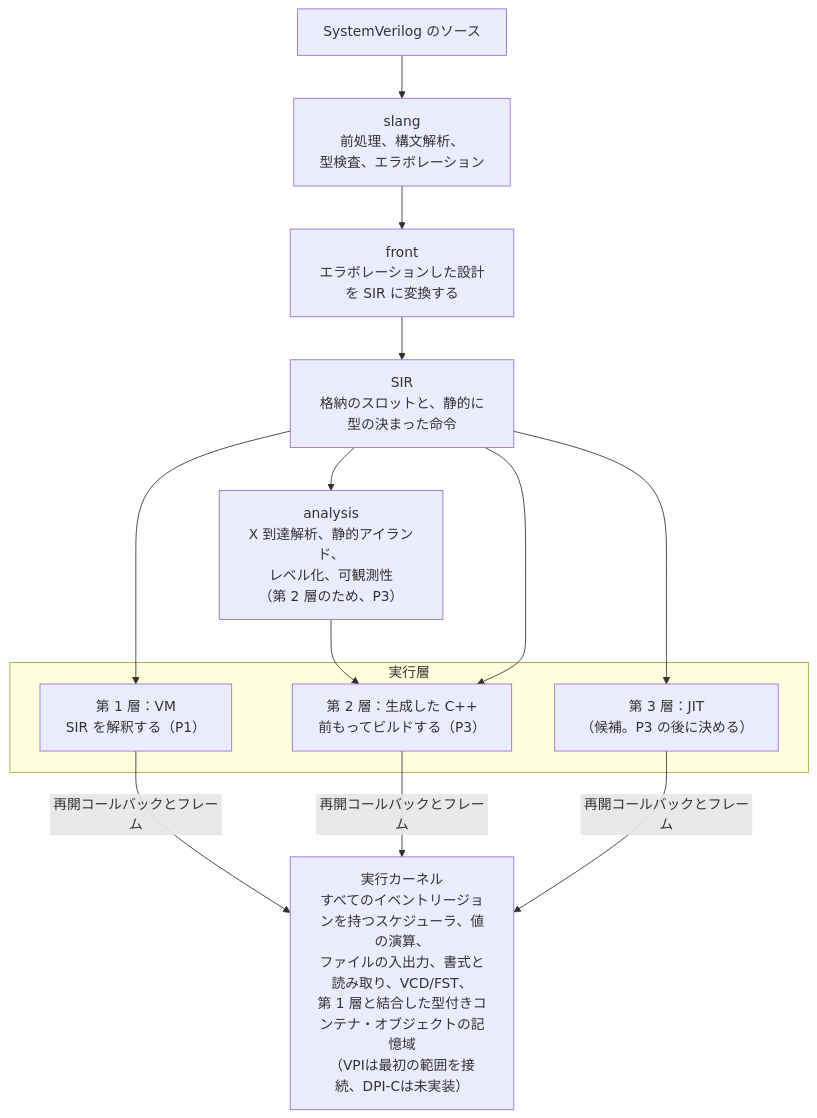
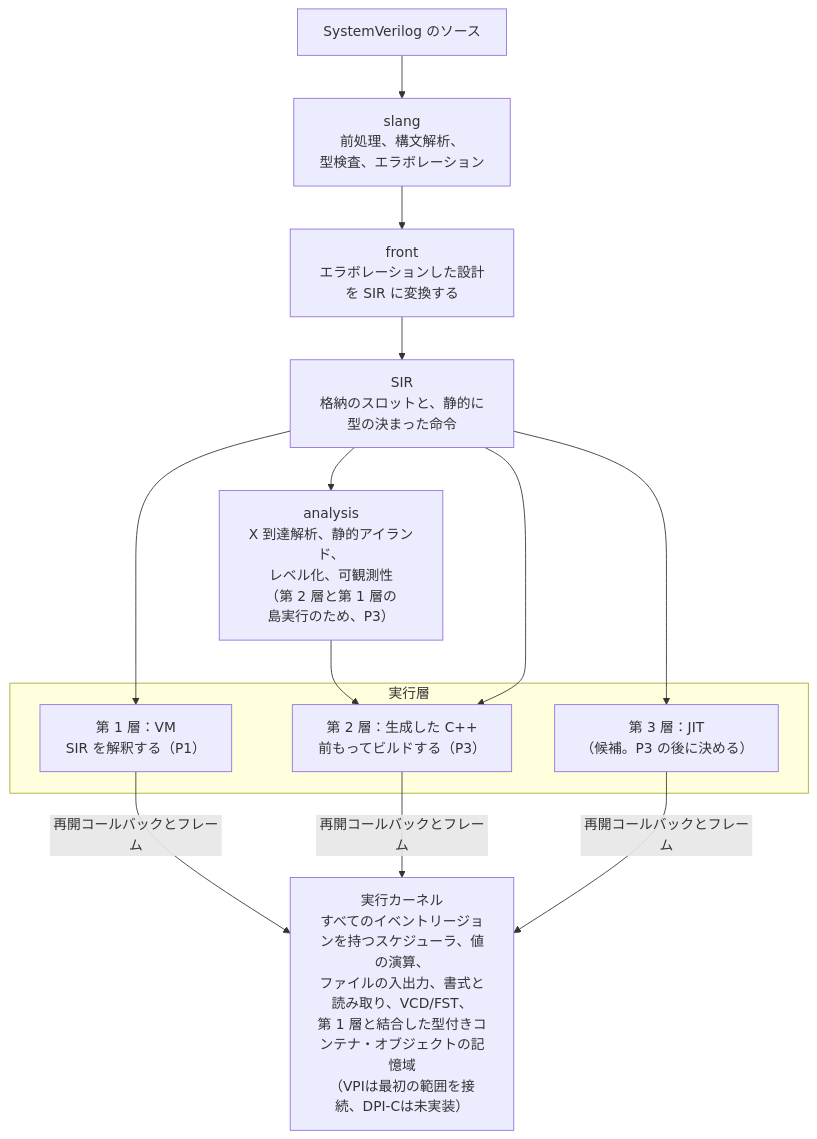
The first of 2 diagrams in docs/ARCHITECTURE.ja.md (kurochan001/kirimasim), drawn with Mermaid before and after one commit. The commit also changed 17 other files, not shown here.

````diff
--- a/docs/ARCHITECTURE.ja.md
+++ b/docs/ARCHITECTURE.ja.md
@@ -16,22 +16,22 @@
 ```mermaid
 flowchart TD
     src["SystemVerilog のソース"]
     slang["slang<br/>前処理、構文解析、<br/>型検査、エラボレーション"]
     front["front<br/>エラボレーションした設計を SIR に変換する"]
     sir["SIR<br/>格納のスロットと、静的に型の決まった命令"]
-    analysis["analysis<br/>X 到達解析、静的アイランド、<br/>レベル化、可観測性<br/>（第 2 層のため、P3）"]
+    analysis["analysis<br/>X 到達解析、静的アイランド、<br/>レベル化、可観測性<br/>（第 2 層と第 1 層の<br/>島実行のため、P3）"]
     subgraph tiers["実行層"]
         t1["第 1 層：VM<br/>SIR を解釈する（P1）"]
         t2["第 2 層：生成した C++<br/>前もってビルドする（P3）"]
         t3["第 3 層：JIT<br/>（候補。P3 の後に決める）"]
     end
     kernel["実行カーネル<br/>すべてのイベントリージョンを持つスケジューラ、値の演算、<br/>ファイルの入出力、書式と読み取り、VCD/FST、<br/>第 1 層と結合した型付きコンテナ・オブジェクトの記憶域<br/>（VPIは最初の範囲を接続、DPI-Cは未実装）"]
     src --> slang --> front --> sir
     sir --> t1
     sir --> analysis --> t2
     sir --> t2
     sir --> t3
     t1 -->|"再開コールバックとフレーム"| kernel
     t2 -->|"再開コールバックとフレーム"| kernel
     t3 -->|"再開コールバックとフレーム"| kernel
 ```
````
